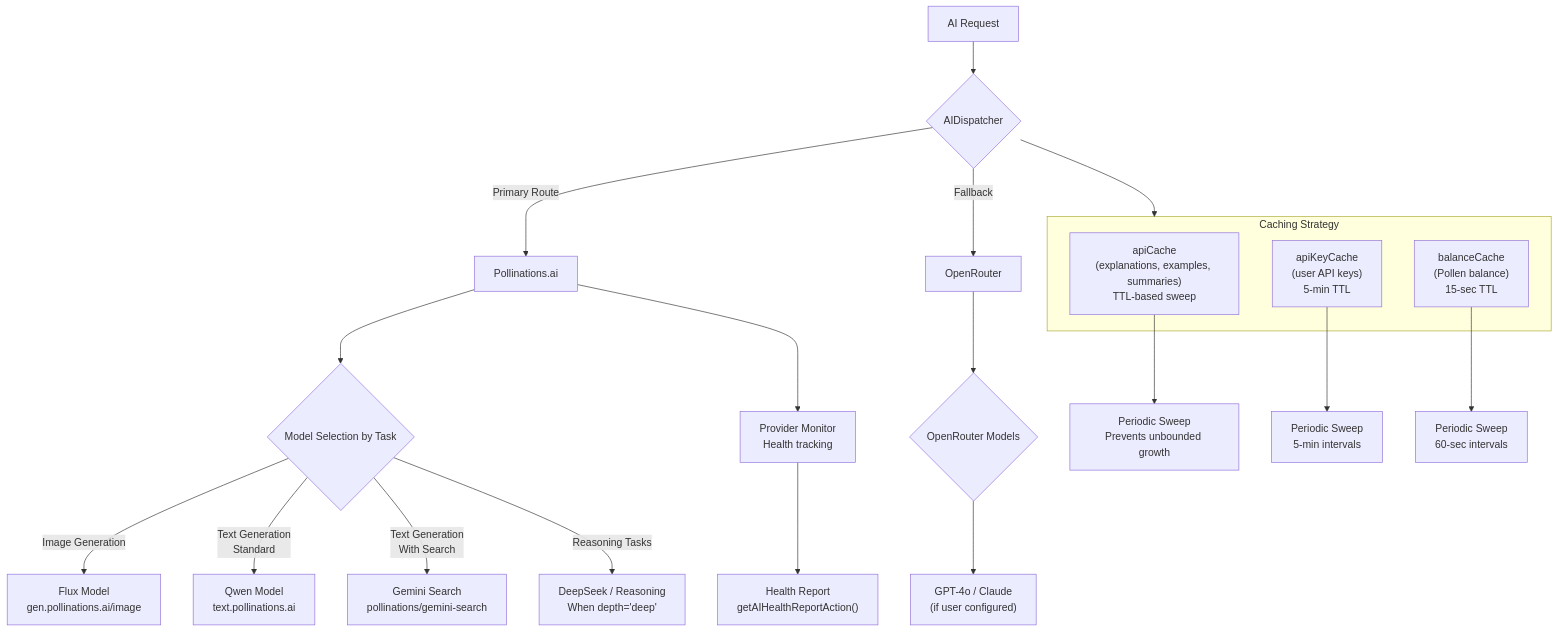
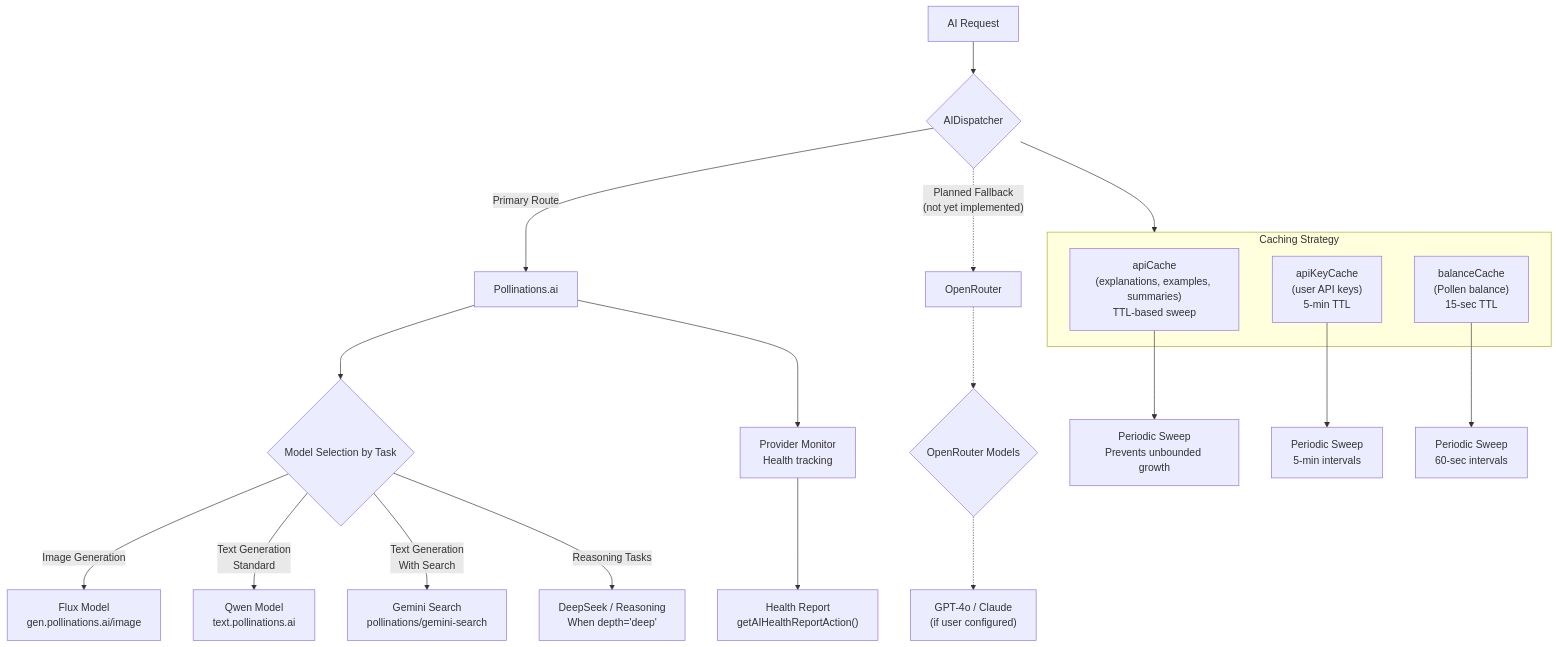
One commit to MindScape-free/mindscape changed the fourth of 9 diagrams in docs/ARCHITECTURE.md. Above: the diagram before and after it, drawn with Mermaid. The commit also changed other lines of this file and 78 other files, not shown here.

````diff
--- a/docs/ARCHITECTURE.md
+++ b/docs/ARCHITECTURE.md
@@ -298,32 +298,32 @@
 ```mermaid
 flowchart TD
     REQ[AI Request] --> DISPATCHER{AIDispatcher}
 
     DISPATCHER -->|Primary Route| POLL["Pollinations.ai"]
-    DISPATCHER -->|Fallback| OR["OpenRouter"]
+    DISPATCHER -.->|"Planned Fallback<br/>(not yet implemented)"| OR["OpenRouter"]
 
     POLL --> MODELS{Model Selection by Task}
 
     MODELS -->|"Image Generation"| FLUX["Flux Model<br/>gen.pollinations.ai/image"]
     MODELS -->|"Text Generation<br/>Standard"| QWEN["Qwen Model<br/>text.pollinations.ai"]
     MODELS -->|"Text Generation<br/>With Search"| GEMINI["Gemini Search<br/>pollinations/gemini-search"]
     MODELS -->|"Reasoning Tasks"| REASONING["DeepSeek / Reasoning<br/>When depth='deep'"]
 
-    OR --> OPENMODELS{OpenRouter Models}
-    OPENMODELS --> GPT4["GPT-4o / Claude<br/>(if user configured)"]
+    OR -.-> OPENMODELS{OpenRouter Models}
+    OPENMODELS -.-> GPT4["GPT-4o / Claude<br/>(if user configured)"]
 
     POLL --> MON["Provider Monitor<br/>Health tracking"]
     MON --> REPORT["Health Report<br/>getAIHealthReportAction()"]
 
     subgraph CACHING["Caching Strategy"]
         API_CACHE["apiCache<br/>(explanations, examples, summaries)<br/>TTL-based sweep"]
         API_KEY_CACHE["apiKeyCache<br/>(user API keys)<br/>5-min TTL"]
         BALANCE_CACHE["balanceCache<br/>(Pollen balance)<br/>15-sec TTL"]
     end
 
     API_CACHE --> SWEEP1["Periodic Sweep<br/>Prevents unbounded growth"]
     API_KEY_CACHE --> SWEEP2["Periodic Sweep<br/>5-min intervals"]
     BALANCE_CACHE --> SWEEP3["Periodic Sweep<br/>60-sec intervals"]
 
     DISPATCHER --> CACHING
 ```
````
